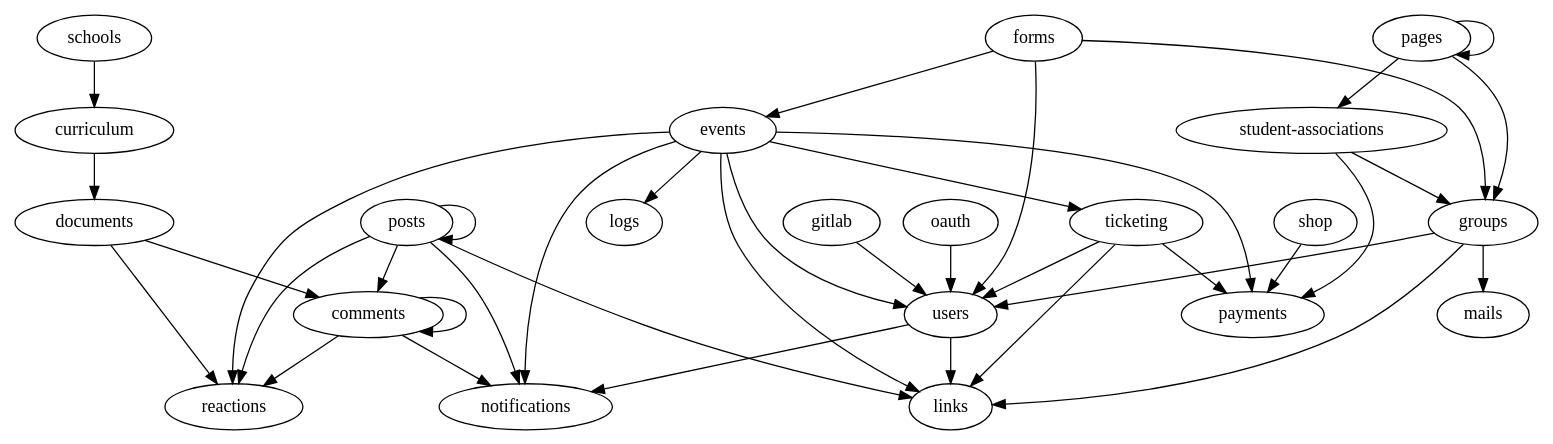
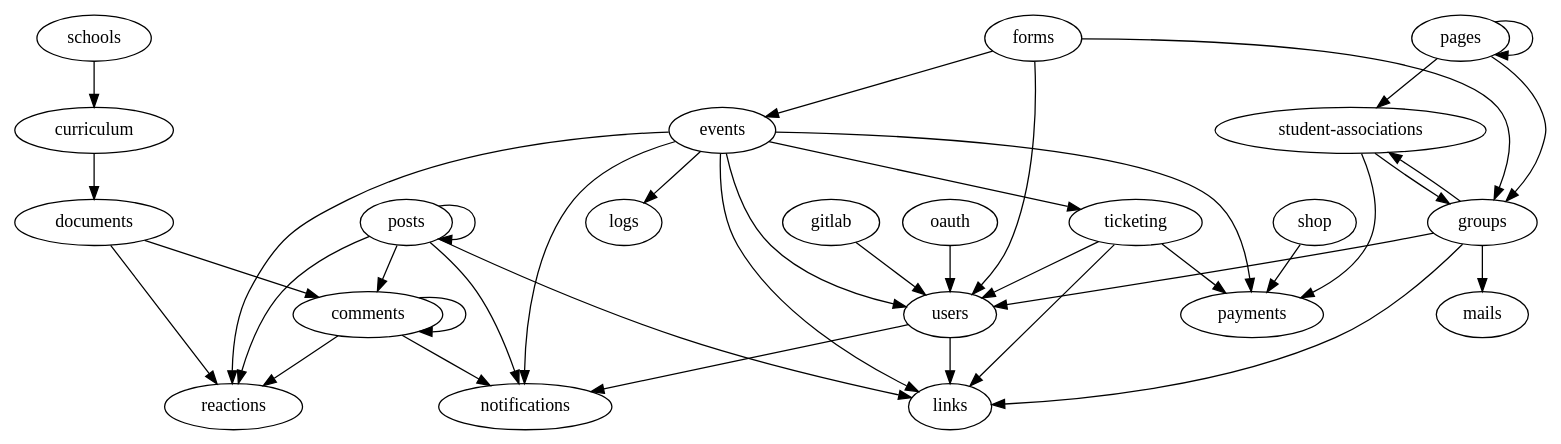
One commit to inp-net/churros changed the diagram in packages/api/scripts/modules-import-graph.dot. Above: the diagram before and after it, drawn with Graphviz. The commit also changed 14 other files, not shown here.

```diff
--- a/packages/api/scripts/modules-import-graph.dot
+++ b/packages/api/scripts/modules-import-graph.dot
@@ -1,40 +1,41 @@
 strict digraph ImportGraph {
     "comments" -> "comments";
     "comments" -> "notifications";
     "comments" -> "reactions";
     "curriculum" -> "documents";
     "documents" -> "comments";
     "documents" -> "reactions";
     "events" -> "links";
     "events" -> "logs";
     "events" -> "notifications";
     "events" -> "payments";
     "events" -> "reactions";
     "events" -> "ticketing";
     "events" -> "users";
     "forms" -> "events";
     "forms" -> "groups";
     "forms" -> "users";
     "gitlab" -> "users";
     "groups" -> "links";
     "groups" -> "mails";
+    "groups" -> "student-associations";
     "groups" -> "users";
     "oauth" -> "users";
     "pages" -> "groups";
     "pages" -> "pages";
     "pages" -> "student-associations";
     "posts" -> "comments";
     "posts" -> "links";
     "posts" -> "notifications";
     "posts" -> "posts";
     "posts" -> "reactions";
     "schools" -> "curriculum";
     "shop" -> "payments";
     "student-associations" -> "groups";
     "student-associations" -> "payments";
     "ticketing" -> "links";
     "ticketing" -> "payments";
     "ticketing" -> "users";
     "users" -> "links";
     "users" -> "notifications";
 }
```
